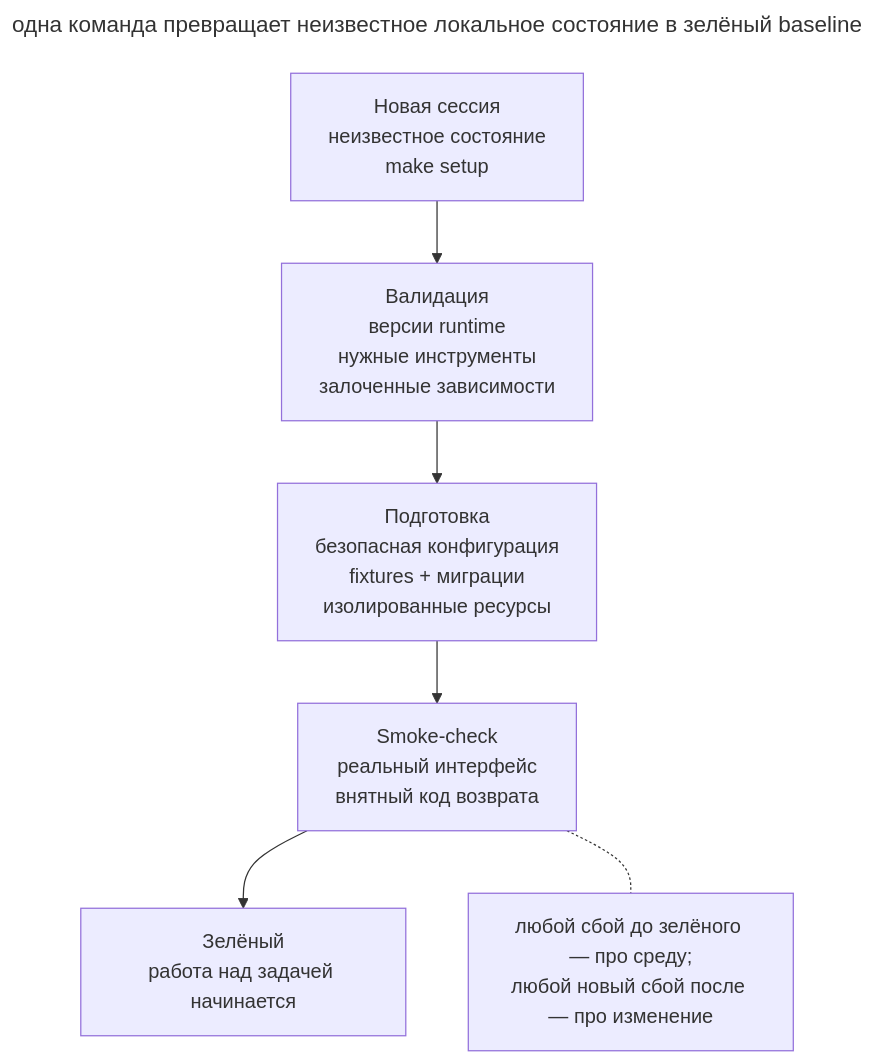
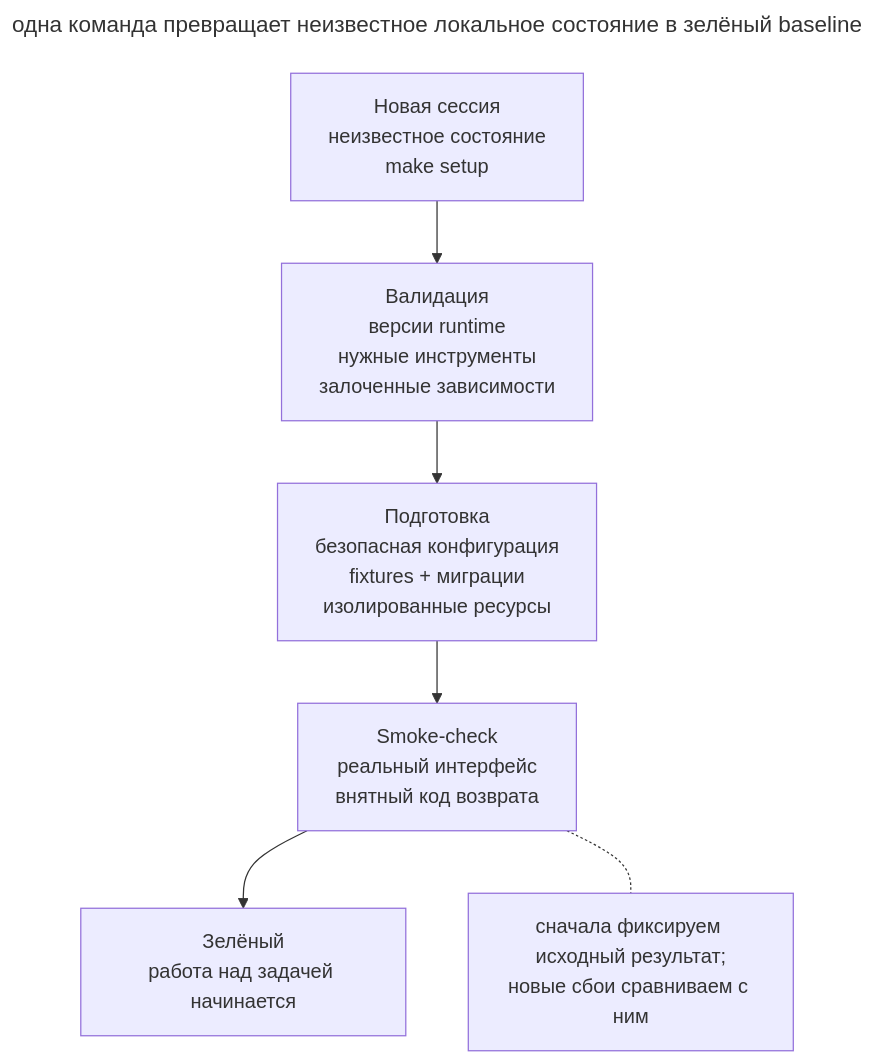
One commit to Rastavelli/agentic-coding-design-patterns changed the diagram in book/ru/reproducible-agent-bootstrap.md. Above: the diagram before and after it, drawn with Mermaid. The commit also changed 24 other files, not shown here.

Commit message:
docs: finish Russian prose review and align diagram captions

````diff
--- a/book/ru/reproducible-agent-bootstrap.md
+++ b/book/ru/reproducible-agent-bootstrap.md
@@ -43,14 +43,14 @@
 ```mermaid
 ---
 title: одна команда превращает неизвестное локальное состояние в зелёный baseline
 ---
 flowchart TB
   fresh["Новая сессия<br/>неизвестное состояние<br/>make setup"]:::warn
   validate["Валидация<br/>версии runtime<br/>нужные инструменты<br/>залоченные зависимости"]
   prepare["Подготовка<br/>безопасная конфигурация<br/>fixtures + миграции<br/>изолированные ресурсы"]
   smoke["Smoke-check<br/>реальный интерфейс<br/>внятный код возврата"]
   green["Зелёный<br/>работа над задачей начинается"]:::accent
   fresh --> validate --> prepare --> smoke --> green
-  note["любой сбой до зелёного — про среду;<br/>любой новый сбой после — про изменение"]:::accent
+  note["сначала фиксируем исходный результат;<br/>новые сбои сравниваем с ним"]:::accent
   smoke -.- note
 ```
````
